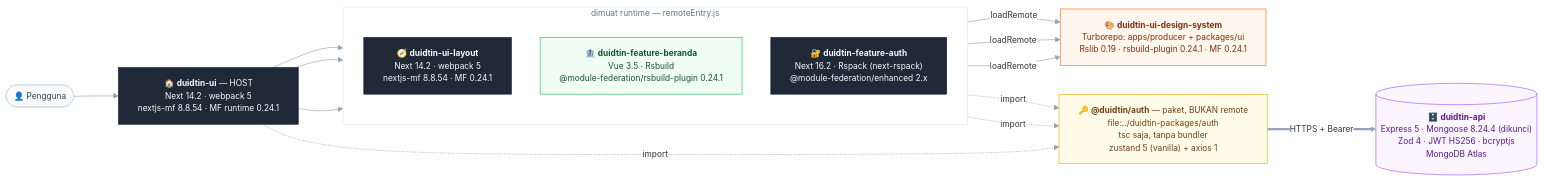
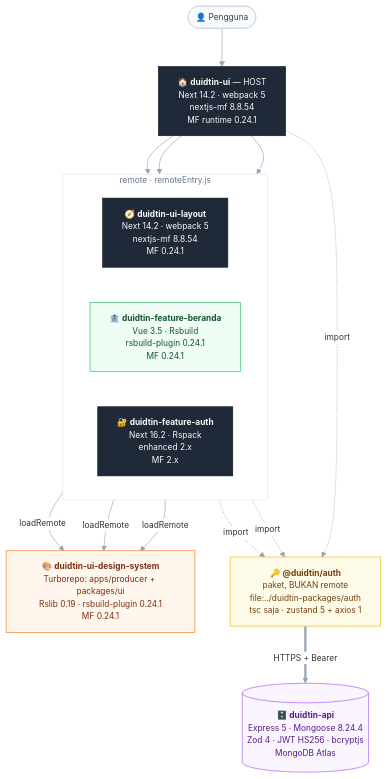
One commit to AnggaWikaNugraha/super-apps-microfrontend-duidtin changed the diagram in README.id.md. Above: the diagram before and after it, drawn with Mermaid. The commit also changed 1 other file, not shown here.

````diff
--- a/README.id.md
+++ b/README.id.md
@@ -283,40 +283,40 @@
 ```mermaid
-%%{init: {'theme':'base','themeVariables':{'fontSize':'13px','lineColor':'#94a3b8','edgeLabelBackground':'#ffffff'},'flowchart':{'wrappingWidth':330,'nodeSpacing':45,'rankSpacing':70,'curve':'basis'}}}%%
-flowchart LR
+%%{init: {'theme':'base','themeVariables':{'fontSize':'13px','lineColor':'#94a3b8','edgeLabelBackground':'#ffffff'},'flowchart':{'wrappingWidth':235,'nodeSpacing':55,'rankSpacing':60,'curve':'basis'}}}%%
+flowchart TD
   U(["👤 Pengguna"]) --> H
 
-  H["🏠 <b>duidtin-ui</b> — HOST<br/>Next 14.2 · webpack 5<br/>nextjs-mf 8.8.54 · MF runtime 0.24.1"]
+  H["🏠 <b>duidtin-ui</b> — HOST<br/>Next 14.2 · webpack 5<br/>nextjs-mf 8.8.54<br/>MF runtime 0.24.1"]
 
-  subgraph RUNTIME ["dimuat runtime — remoteEntry.js"]
-    direction TB
-    L["🧭 <b>duidtin-ui-layout</b><br/>Next 14.2 · webpack 5<br/>nextjs-mf 8.8.54 · MF 0.24.1"]
-    B["🏦 <b>duidtin-feature-beranda</b><br/>Vue 3.5 · Rsbuild<br/>@module-federation/rsbuild-plugin 0.24.1"]
-    A["🔐 <b>duidtin-feature-auth</b><br/>Next 16.2 · Rspack (next-rspack)<br/>@module-federation/enhanced 2.x"]
+  subgraph RUNTIME ["remote · remoteEntry.js"]
+    direction LR
+    L["🧭 <b>duidtin-ui-layout</b><br/>Next 14.2 · webpack 5<br/>nextjs-mf 8.8.54<br/>MF 0.24.1"]
+    B["🏦 <b>duidtin-feature-beranda</b><br/>Vue 3.5 · Rsbuild<br/>rsbuild-plugin 0.24.1<br/>MF 0.24.1"]
+    A["🔐 <b>duidtin-feature-auth</b><br/>Next 16.2 · Rspack<br/>enhanced 2.x<br/>MF 2.x"]
   end
 
   H --> L
   H --> B
   H --> A
 
-  L & B & A -- "loadRemote" --> DS["🎨 <b>duidtin-ui-design-system</b><br/>Turborepo: apps/producer + packages/ui<br/>Rslib 0.19 · rsbuild-plugin 0.24.1 · MF 0.24.1"]
+  L & B & A -- "loadRemote" --> DS["🎨 <b>duidtin-ui-design-system</b><br/>Turborepo: apps/producer + packages/ui<br/>Rslib 0.19 · rsbuild-plugin 0.24.1<br/>MF 0.24.1"]
 
-  H & B & A -. "import" .-> P["🔑 <b>@duidtin/auth</b> — paket, BUKAN remote<br/>file:../duidtin-packages/auth<br/>tsc saja, tanpa bundler<br/>zustand 5 (vanilla) + axios 1"]
+  H & B & A -. "import" .-> P["🔑 <b>@duidtin/auth</b><br/>paket, BUKAN remote<br/>file:../duidtin-packages/auth<br/>tsc saja · zustand 5 + axios 1"]
 
-  P == "HTTPS + Bearer" ==> API[("🗄️ <b>duidtin-api</b><br/>Express 5 · Mongoose 8.24.4 (dikunci)<br/>Zod 4 · JWT HS256 · bcryptjs<br/>MongoDB Atlas")]
+  P == "HTTPS + Bearer" ==> API[("🗄️ <b>duidtin-api</b><br/>Express 5 · Mongoose 8.24.4<br/>Zod 4 · JWT HS256 · bcryptjs<br/>MongoDB Atlas")]
 
   classDef pengguna fill:#f8fafc,stroke:#cbd5e1,color:#334155
   classDef next fill:#1f2937,stroke:#0f172a,color:#f8fafc
   classDef rs fill:#fff7ed,stroke:#f97316,color:#7c2d12
   classDef vue fill:#f0fdf4,stroke:#22c55e,color:#14532d
   classDef paket fill:#fefce8,stroke:#eab308,color:#713f12
   classDef backend fill:#faf5ff,stroke:#a855f7,color:#581c87
 
   class U pengguna
   class H,L,A next
   class DS rs
   class B vue
   class P paket
   class API backend
 
   style RUNTIME fill:#ffffff,stroke:#e2e8f0,color:#64748b
 ```
````
